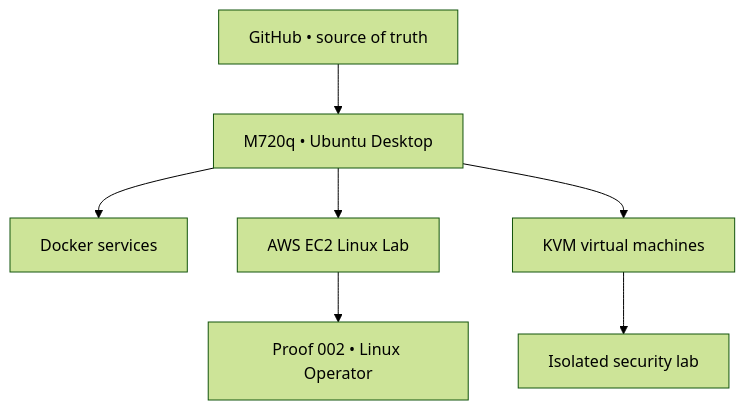
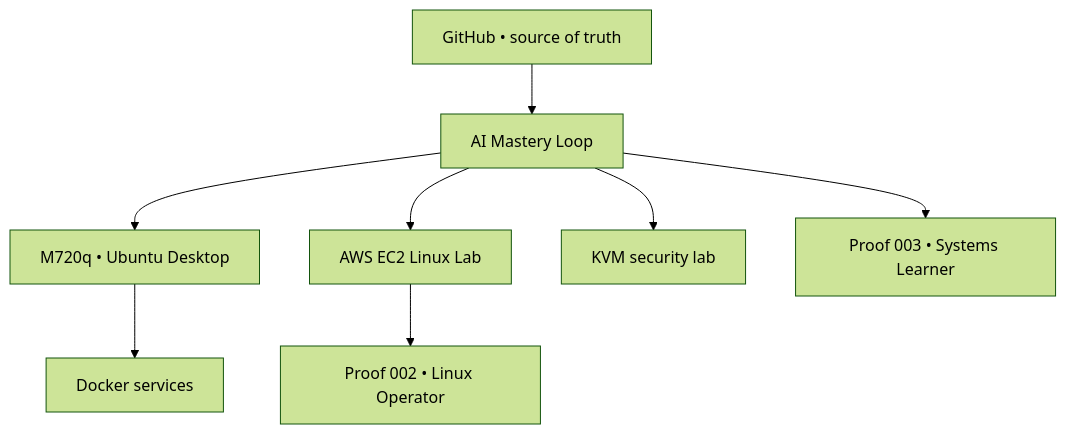
One commit to Vewiser/vision-node-prototype changed the second of 2 diagrams in README.md. Above: the diagram before and after it, drawn with Mermaid (forest theme). The commit also changed other lines of this file, not shown here.

Commit message:
docs: integrate AI-Assisted Mastery Loop

````diff
--- a/README.md
+++ b/README.md
@@ -43,9 +61,10 @@
 ```mermaid
 flowchart TD
-    G["GitHub • source of truth"] --> U["M720q • Ubuntu Desktop"]
+    M["AI Mastery Loop"] --> U["M720q • Ubuntu Desktop"]
+    M --> A["AWS EC2 Linux Lab"]
+    M --> V["KVM security lab"]
+    G["GitHub • source of truth"] --> M
     U --> D["Docker services"]
-    U --> A["AWS EC2 Linux Lab"]
-    U --> V["KVM virtual machines"]
     A --> P["Proof 002 • Linux Operator"]
-    V --> S["Isolated security lab"]
+    M --> P3["Proof 003 • Systems Learner"]
 ```
````
